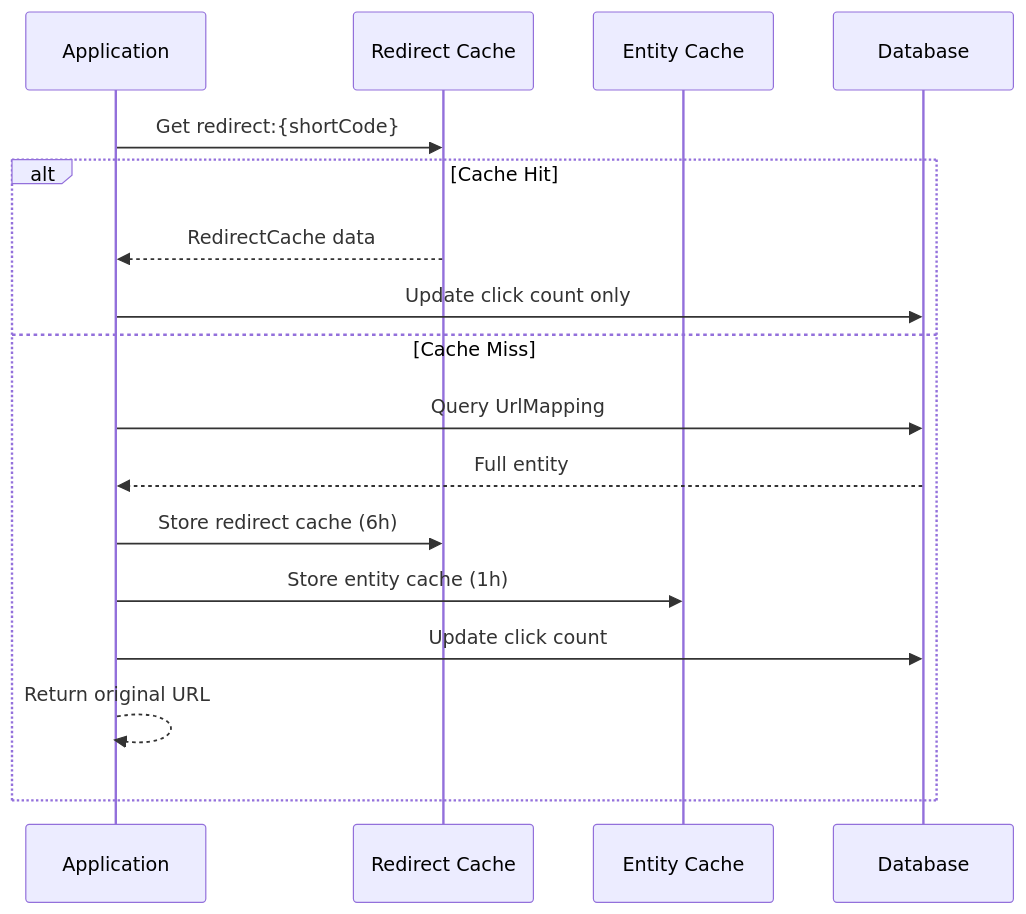
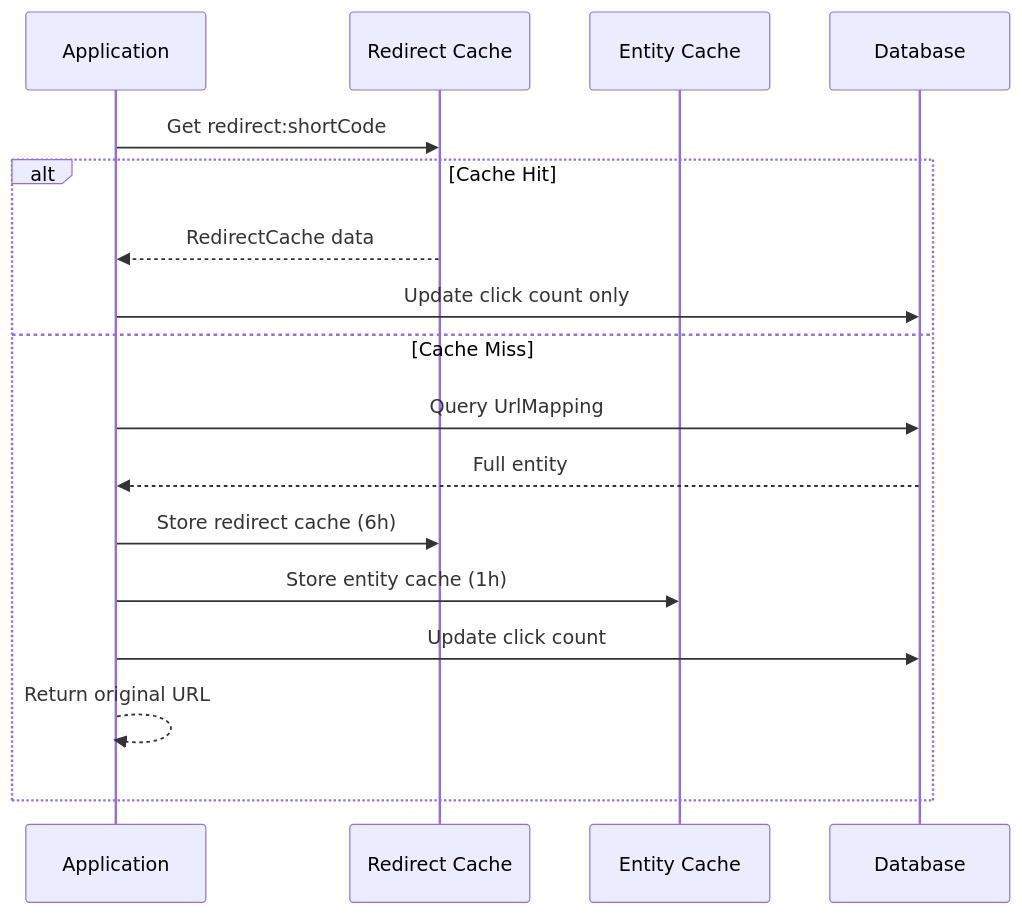
One commit to kufa-dev-team/url_shortener changed the second of 3 diagrams in docs-site/docs/caching/patterns.md. Above: the diagram before and after it, drawn with Mermaid. The commit also changed other lines of this file and 26 other files, not shown here.

````diff
--- a/docs-site/docs/caching/patterns.md
+++ b/docs-site/docs/caching/patterns.md
@@ -85,20 +85,20 @@
 ```mermaid
 sequenceDiagram
     participant App as Application
     participant RC as Redirect Cache
     participant EC as Entity Cache
     participant DB as Database
 
-    App->>RC: Get redirect:{shortCode}
+    App->>RC: Get redirect:shortCode
     alt Cache Hit
         RC-->>App: RedirectCache data
         App->>DB: Update click count only
     else Cache Miss
         App->>DB: Query UrlMapping
         DB-->>App: Full entity
         App->>RC: Store redirect cache (6h)
         App->>EC: Store entity cache (1h)
         App->>DB: Update click count
         App-->>App: Return original URL
     end
 ```
````
